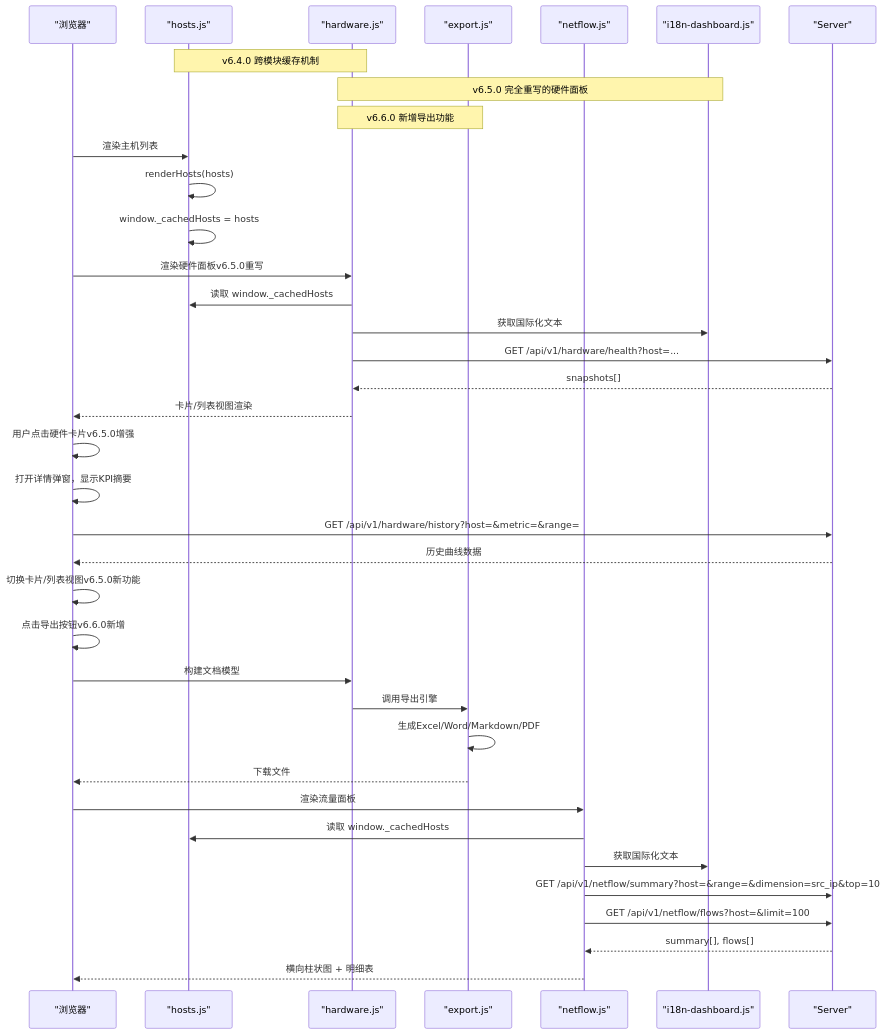
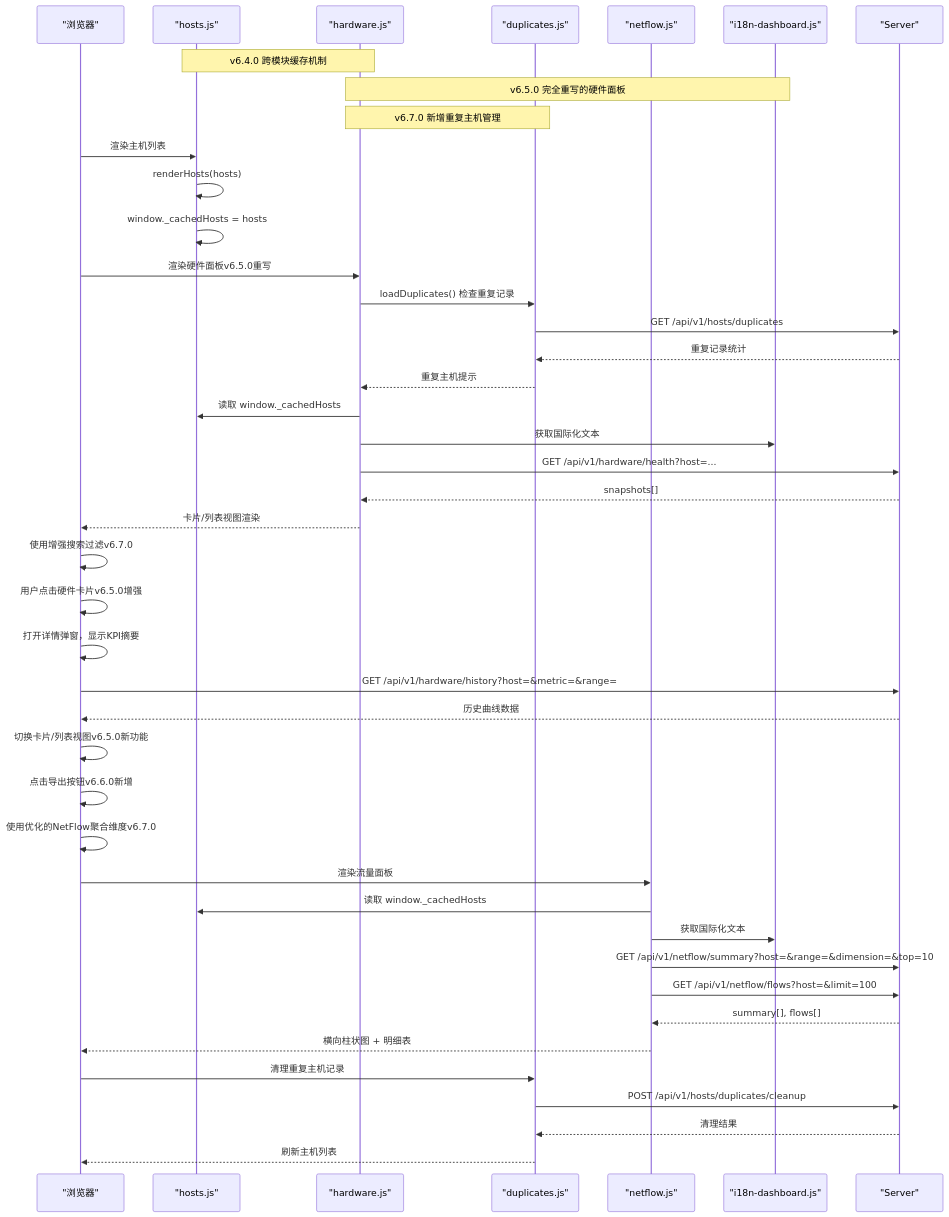
One commit to sreyun/aiops-monitor changed the seventh of 11 diagrams in .qoder/repowiki/zh/content/核心功能/监控系统/硬件监控仪表板.md. Above: the diagram before and after it, drawn with Mermaid. The commit also changed other lines of this file and 41 other files, not shown here.

````diff
--- a/.qoder/repowiki/zh/content/核心功能/监控系统/硬件监控仪表板.md
+++ b/.qoder/repowiki/zh/content/核心功能/监控系统/硬件监控仪表板.md
@@ -423,39 +460,45 @@
 ```mermaid
 sequenceDiagram
 participant UI as "浏览器"
 participant HostsJS as "hosts.js"
 participant HWJS as "hardware.js"
-participant ExportJS as "export.js"
+participant DupJS as "duplicates.js"
 participant NFJS as "netflow.js"
 participant I18N as "i18n-dashboard.js"
 participant S as "Server"
 Note over HostsJS,HWJS : v6.4.0 跨模块缓存机制
 Note over HWJS,I18N : v6.5.0 完全重写的硬件面板
-Note over HWJS,ExportJS : v6.6.0 新增导出功能
+Note over HWJS,DupJS : v6.7.0 新增重复主机管理
 UI->>HostsJS : 渲染主机列表
 HostsJS->>HostsJS : renderHosts(hosts)
 HostsJS->>HostsJS : window._cachedHosts = hosts
 UI->>HWJS : 渲染硬件面板v6.5.0重写
+HWJS->>DupJS : loadDuplicates() 检查重复记录
+DupJS->>S : GET /api/v1/hosts/duplicates
+S-->>DupJS : 重复记录统计
+DupJS-->>HWJS : 重复主机提示
 HWJS->>HostsJS : 读取 window._cachedHosts
 HWJS->>I18N : 获取国际化文本
 HWJS->>S : GET /api/v1/hardware/health?host=...
 S-->>HWJS : snapshots[]
 HWJS-->>UI : 卡片/列表视图渲染
+UI->>UI : 使用增强搜索过滤v6.7.0
 UI->>UI : 用户点击硬件卡片v6.5.0增强
 UI->>UI : 打开详情弹窗，显示KPI摘要
 UI->>S : GET /api/v1/hardware/history?host=&metric=&range=
 S-->>UI : 历史曲线数据
 UI->>UI : 切换卡片/列表视图v6.5.0新功能
 UI->>UI : 点击导出按钮v6.6.0新增
-UI->>HWJS : 构建文档模型
-HWJS->>ExportJS : 调用导出引擎
-ExportJS->>ExportJS : 生成Excel/Word/Markdown/PDF
-ExportJS-->>UI : 下载文件
+UI->>UI : 使用优化的NetFlow聚合维度v6.7.0
 UI->>NFJS : 渲染流量面板
 NFJS->>HostsJS : 读取 window._cachedHosts
 NFJS->>I18N : 获取国际化文本
-NFJS->>S : GET /api/v1/netflow/summary?host=&range=&dimension=src_ip&top=10
+NFJS->>S : GET /api/v1/netflow/summary?host=&range=&dimension=&top=10
 NFJS->>S : GET /api/v1/netflow/flows?host=&limit=100
 S-->>NFJS : summary[], flows[]
 NFJS-->>UI : 横向柱状图 + 明细表
+UI->>DupJS : 清理重复主机记录
+DupJS->>S : POST /api/v1/hosts/duplicates/cleanup
+S-->>DupJS : 清理结果
+DupJS-->>UI : 刷新主机列表
 ```
````
